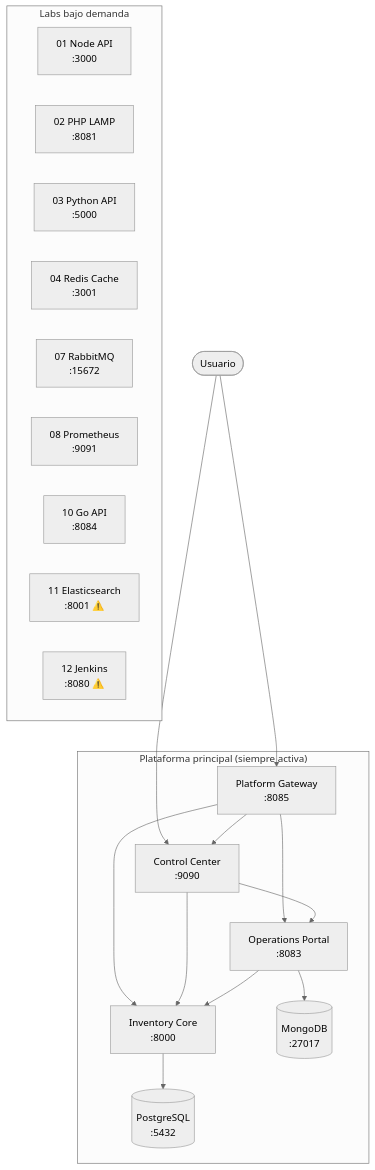
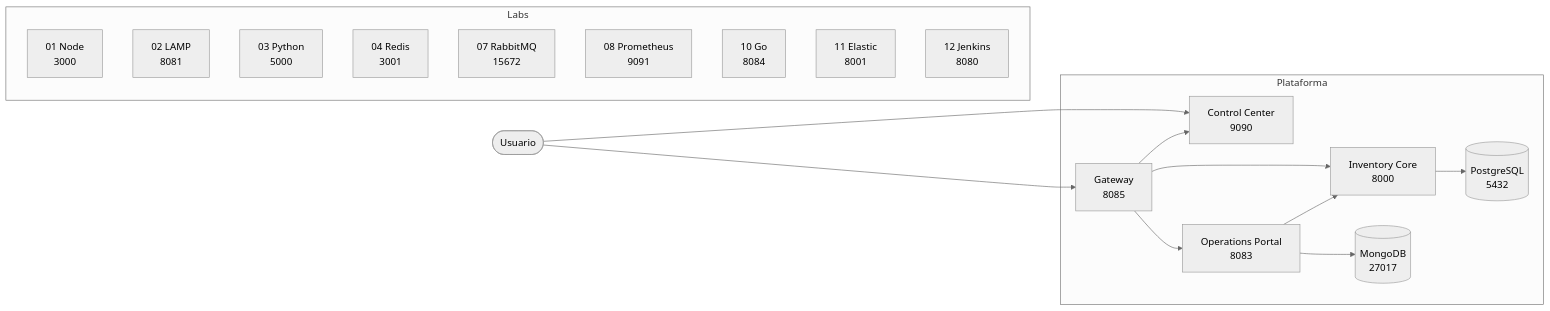
One commit to vladimiracunadev-create/docker-labs changed the diagram in README.md. Above: the diagram before and after it, drawn with Mermaid (neutral theme). The commit also changed other lines of this file, not shown here.

First line of the commit message:
docs: simplify README — clear status per lab, fixed architecture diagram

````diff
--- a/README.md
+++ b/README.md
@@ -75,37 +39,30 @@
 ```mermaid
-flowchart TD
-    user([Usuario])
+flowchart LR
+    U([Usuario])
 
-    subgraph plataforma["Plataforma principal (siempre activa)"]
-        panel["Control Center\n:9090"]
-        gateway["Platform Gateway\n:8085"]
-        core["Inventory Core\n:8000"]
-        portal["Operations Portal\n:8083"]
-        pg[("PostgreSQL\n:5432")]
-        mongo[("MongoDB\n:27017")]
+    subgraph Plataforma
+        CC[Control Center\n9090]
+        GW[Gateway\n8085]
+        IC[Inventory Core\n8000]
+        OP[Operations Portal\n8083]
+        PG[(PostgreSQL\n5432)]
+        MG[(MongoDB\n27017)]
     end
 
-    subgraph labs["Labs bajo demanda"]
-        direction LR
-        l01["01 Node API\n:3000"]
-        l02["02 PHP LAMP\n:8081"]
-        l03["03 Python API\n:5000"]
-        l04["04 Redis Cache\n:3001"]
-        l07["07 RabbitMQ\n:15672"]
-        l08["08 Prometheus\n:9091"]
-        l10["10 Go API\n:8084"]
-        l11["11 Elasticsearch\n:8001 ⚠️"]
-        l12["12 Jenkins\n:8080 ⚠️"]
+    subgraph Labs
+        L01[01 Node\n3000]
+        L02[02 LAMP\n8081]
+        L03[03 Python\n5000]
+        L04[04 Redis\n3001]
+        L07[07 RabbitMQ\n15672]
+        L08[08 Prometheus\n9091]
+        L10[10 Go\n8084]
+        L11[11 Elastic\n8001]
+        L12[12 Jenkins\n8080]
     end
 
-    user --> panel
-    user --> gateway
-    gateway --> panel
-    gateway --> core
-    gateway --> portal
-    panel --> core
-    panel --> portal
-    core --> pg
-    portal --> core
-    portal --> mongo
+    U --> CC & GW
+    GW --> CC & IC & OP
+    IC --> PG
+    OP --> IC & MG
 ```
````
